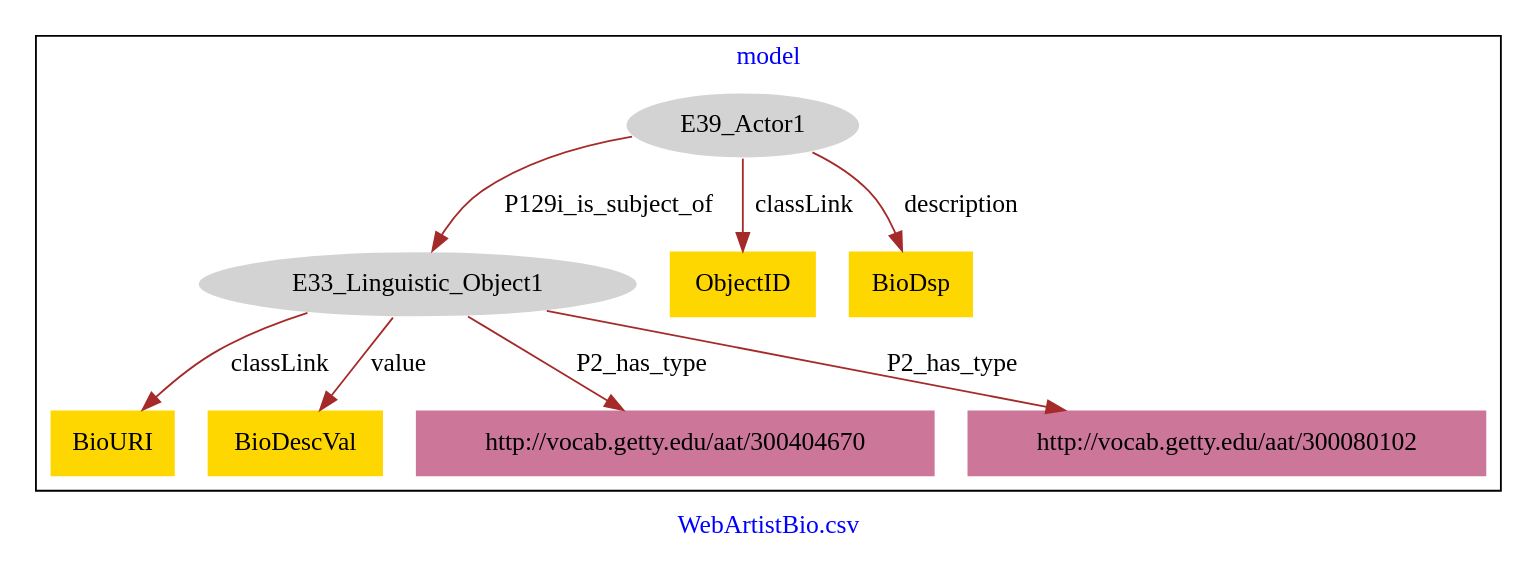
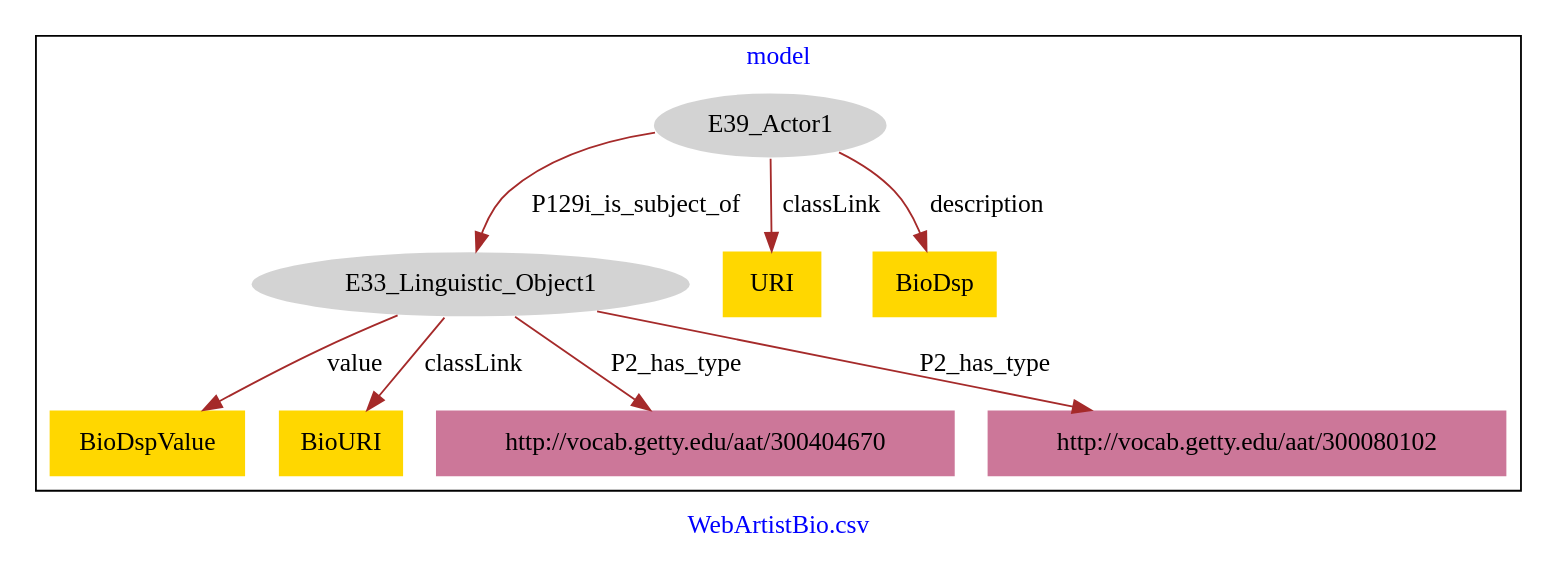
One commit to american-art/SAAM changed the diagram in WebArtist/WebArtistBio-model.dot. Above: the diagram before and after it, drawn with Graphviz.

Commit message:
Update file WebArtistBio-model.dot

```diff
--- a/WebArtist/WebArtistBio-model.dot
+++ b/WebArtist/WebArtistBio-model.dot
@@ -1,23 +1,23 @@
 digraph n0 {
 fontcolor="blue"
 remincross="true"
 label="WebArtistBio.csv"
 subgraph cluster {
 label="model"
 n2[style="filled",color="white",fillcolor="lightgray",label="E39_Actor1"];
 n3[style="filled",color="white",fillcolor="lightgray",label="E33_Linguistic_Object1"];
-n4[shape="plaintext",style="filled",fillcolor="gold",label="BioURI"];
-n5[shape="plaintext",style="filled",fillcolor="gold",label="ObjectID"];
-n6[shape="plaintext",style="filled",fillcolor="gold",label="BioDescVal"];
-n7[shape="plaintext",style="filled",fillcolor="gold",label="BioDsp"];
+n4[shape="plaintext",style="filled",fillcolor="gold",label="BioDspValue"];
+n5[shape="plaintext",style="filled",fillcolor="gold",label="URI"];
+n6[shape="plaintext",style="filled",fillcolor="gold",label="BioDsp"];
+n7[shape="plaintext",style="filled",fillcolor="gold",label="BioURI"];
 n8[shape="plaintext",style="filled",fillcolor="#CC7799",label="http://vocab.getty.edu/aat/300404670"];
 n9[shape="plaintext",style="filled",fillcolor="#CC7799",label="http://vocab.getty.edu/aat/300080102"];
 }
 n2 -> n3[color="brown",fontcolor="black",label="P129i_is_subject_of"]
-n3 -> n4[color="brown",fontcolor="black",label="classLink"]
+n3 -> n4[color="brown",fontcolor="black",label="value"]
 n2 -> n5[color="brown",fontcolor="black",label="classLink"]
-n3 -> n6[color="brown",fontcolor="black",label="value"]
-n2 -> n7[color="brown",fontcolor="black",label="description"]
+n2 -> n6[color="brown",fontcolor="black",label="description"]
+n3 -> n7[color="brown",fontcolor="black",label="classLink"]
 n3 -> n8[color="brown",fontcolor="black",label="P2_has_type"]
 n3 -> n9[color="brown",fontcolor="black",label="P2_has_type"]
 }
```
